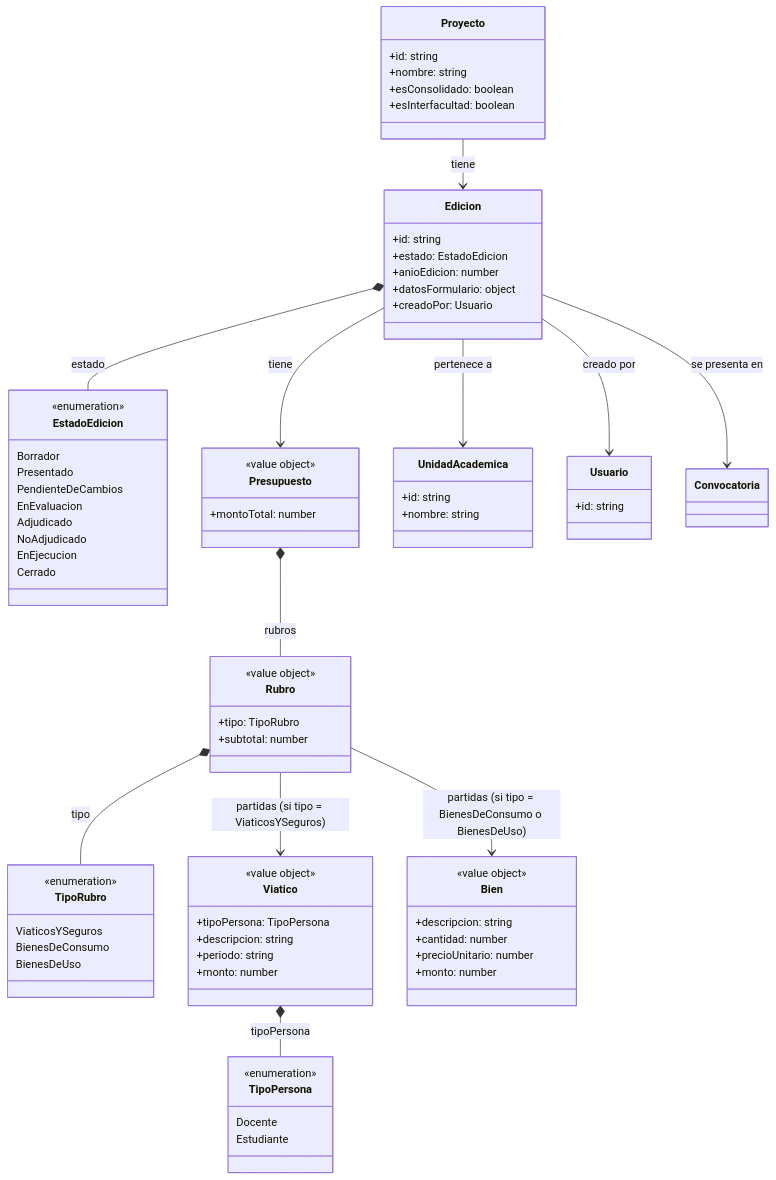
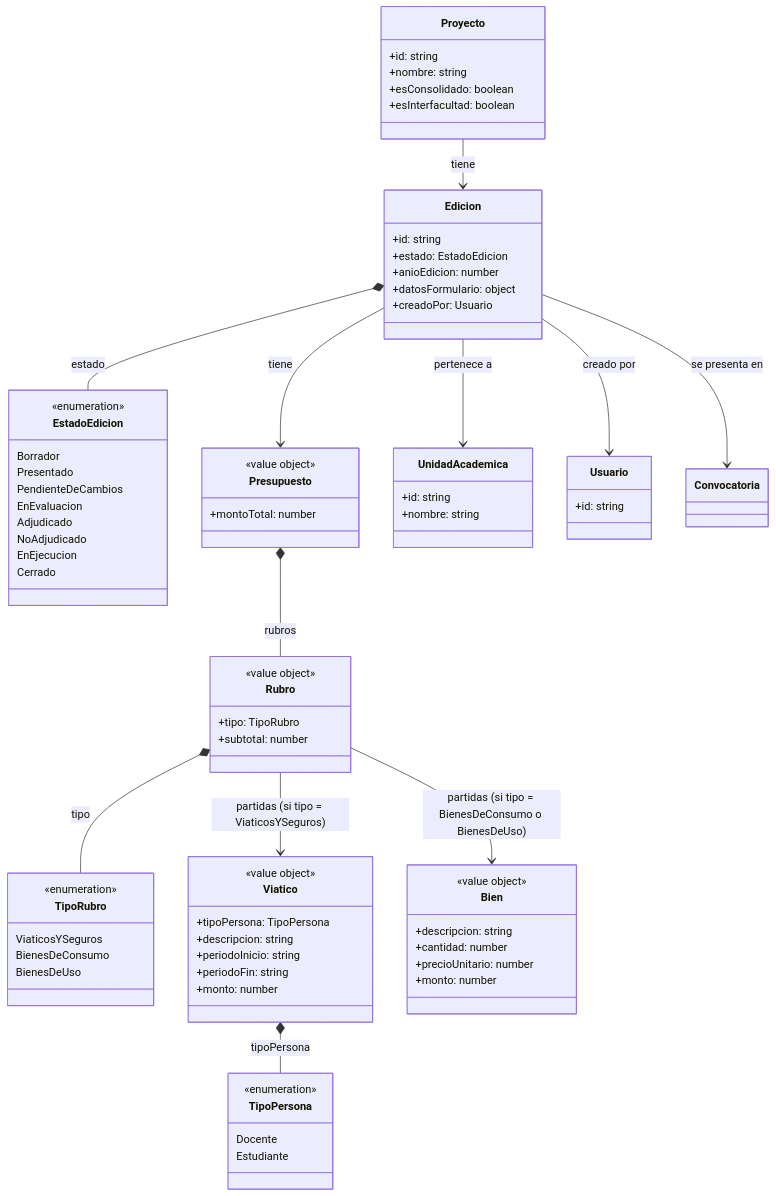
One commit to TPP-UBANEX/UBANEX changed the second of 10 diagrams in docs/dominio/modelo.md. Above: the diagram before and after it, drawn with Mermaid. The commit also changed other lines of this file, not shown here.

```diff
--- a/docs/dominio/modelo.md
+++ b/docs/dominio/modelo.md
@@ -136,7 +167,8 @@
         <<value object>>
         +tipoPersona: TipoPersona
         +descripcion: string
-        +periodo: string
+        +periodoInicio: string
+        +periodoFin: string
         +monto: number
     }
 
```
